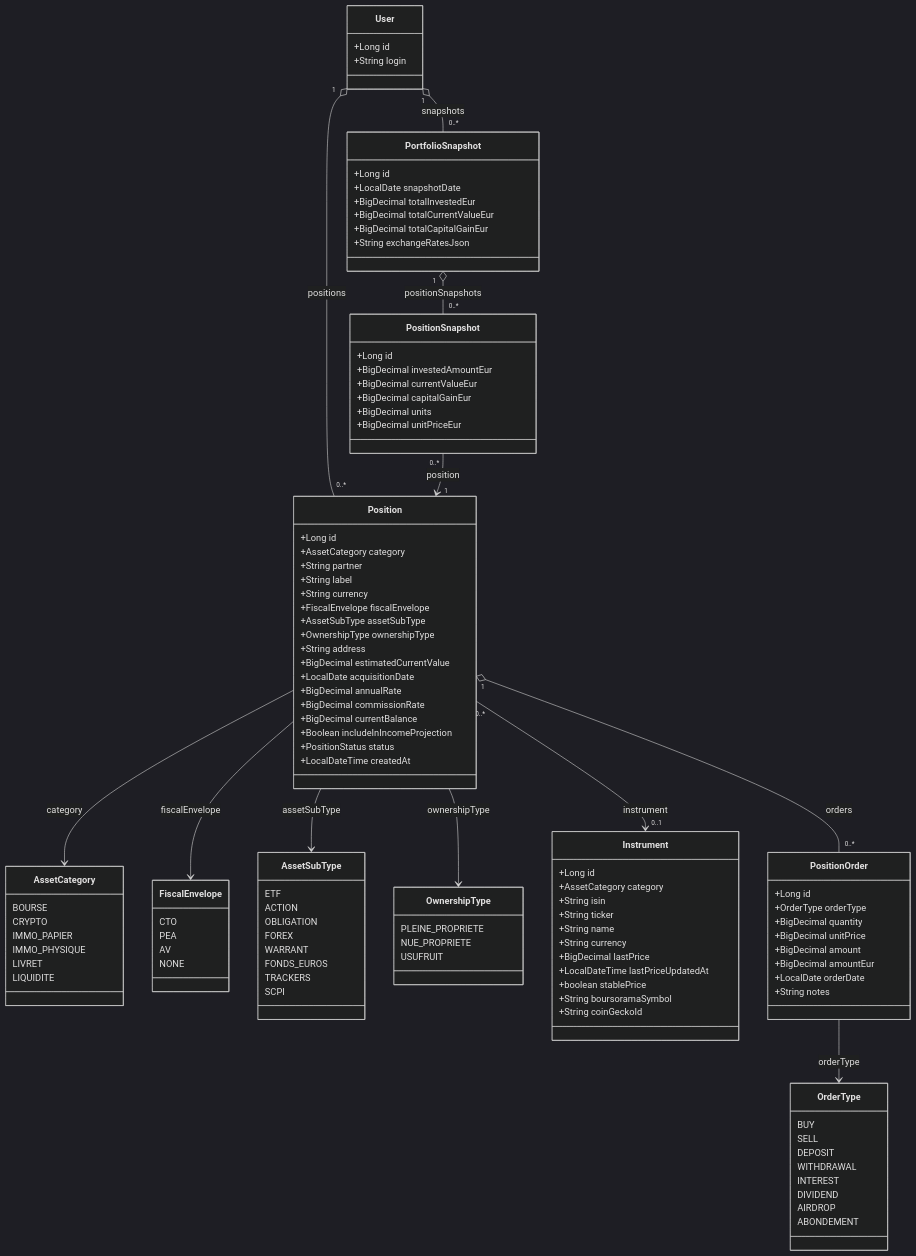
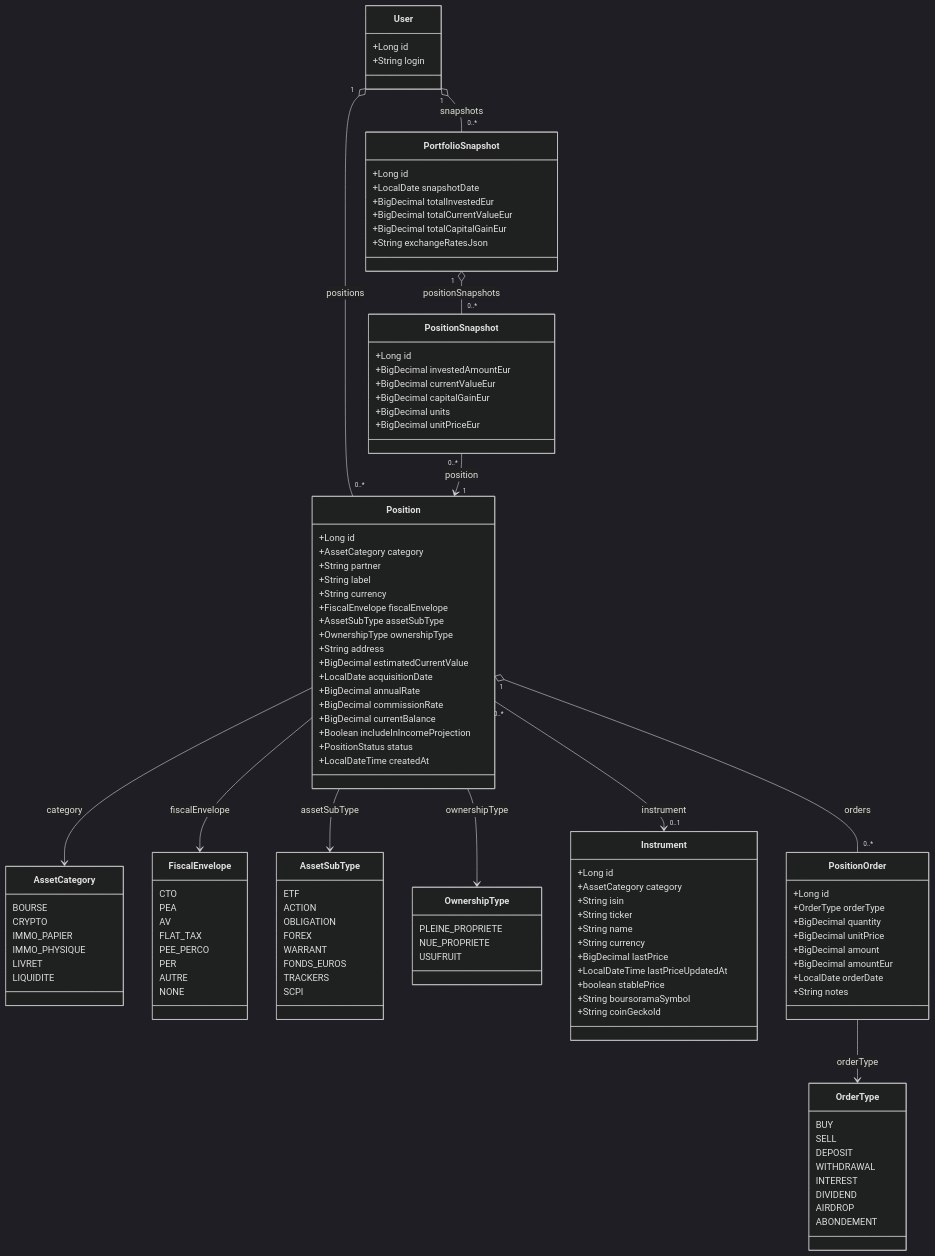
Before and after one commit to Neogost/MyFinance: the diagram in docs/architecture/patrimoine.md, drawn with Mermaid (dark theme). The commit also changed other lines of this file and 10 other files, not shown here.

First line of the commit message:
docs(architecture): audit complet — fusions, corrections et mise à jour

```diff
--- a/docs/architecture/patrimoine.md
+++ b/docs/architecture/patrimoine.md
@@ -367,6 +376,10 @@
         CTO
         PEA
         AV
+        FLAT_TAX
+        PEE_PERCO
+        PER
+        AUTRE
         NONE
     }
 
```
